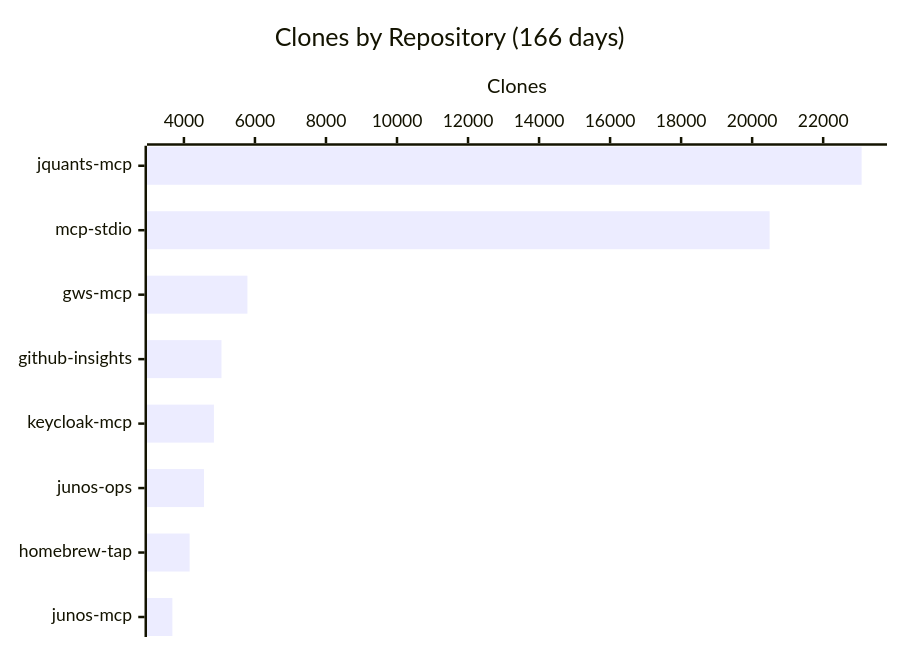
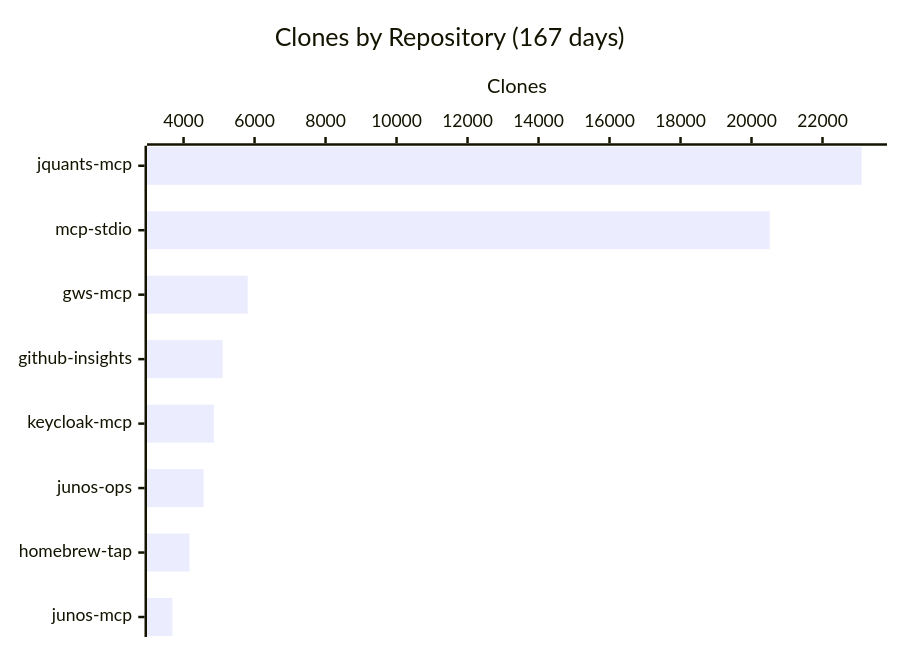
One commit to shigechika/github-insights changed the fourth of 4 diagrams in README.md. Above: the diagram before and after it, drawn with Mermaid. The commit also changed other lines of this file and 2 other files, not shown here.

````diff
--- a/README.md
+++ b/README.md
@@ -58,7 +58,7 @@
 ```mermaid
 xychart-beta horizontal
-    title "Clones by Repository (166 days)"
+    title "Clones by Repository (167 days)"
     x-axis ["jquants-mcp", "mcp-stdio", "gws-mcp", "github-insights", "keycloak-mcp", "junos-ops", "homebrew-tap", "junos-mcp"]
     y-axis "Clones"
-    bar [23083, 20492, 5788, 5058, 4845, 4564, 4160, 3675]
+    bar [23102, 20514, 5806, 5102, 4852, 4565, 4166, 3685]
 ```
````
